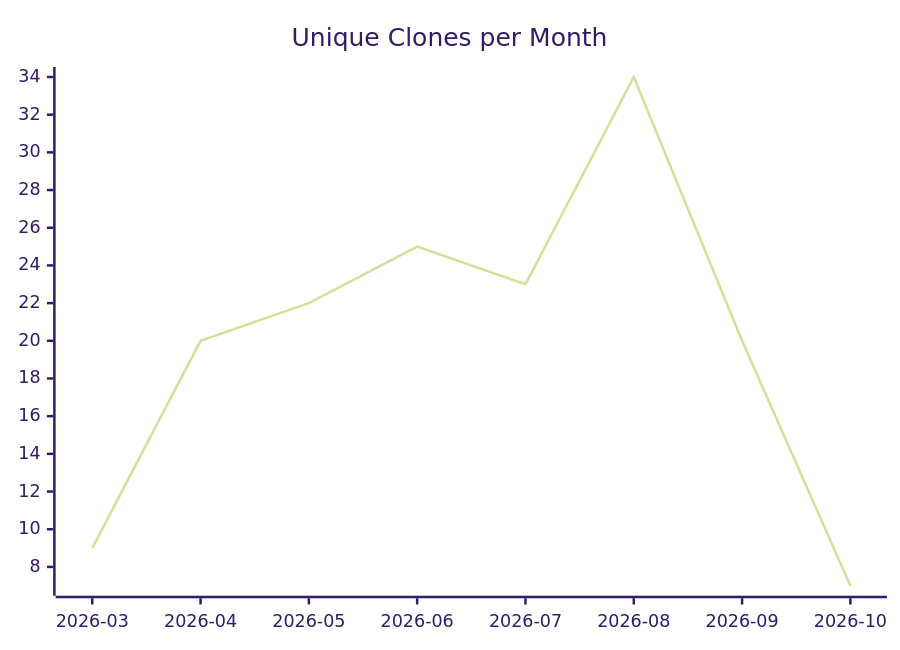
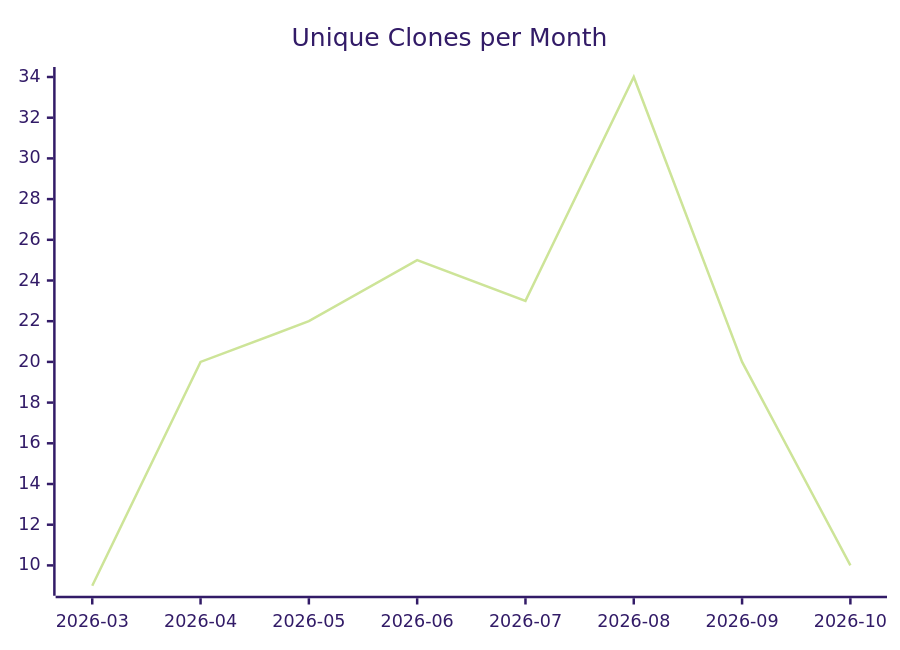
One commit to justdavis-family/github-analytics-data changed the third of 3 diagrams in karlmdavis/kxml2/README.md. Above: the diagram before and after it, drawn with Mermaid (forest theme). The commit also changed other lines of this file and 199 other files, not shown here.

````diff
--- a/karlmdavis/kxml2/README.md
+++ b/karlmdavis/kxml2/README.md
@@ -19,6 +19,6 @@
 ```mermaid
 xychart-beta
   title "Unique Clones per Month"
   x-axis ["2026-03", "2026-04", "2026-05", "2026-06", "2026-07", "2026-08", "2026-09", "2026-10"]
-  line [9, 20, 22, 25, 23, 34, 20, 7]
+  line [9, 20, 22, 25, 23, 34, 20, 10]
 ```
````
